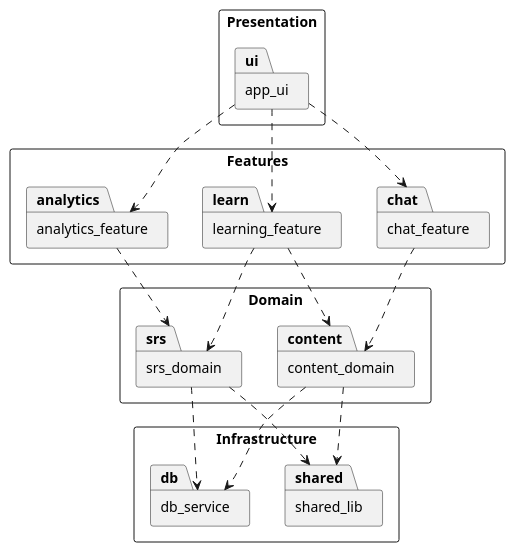
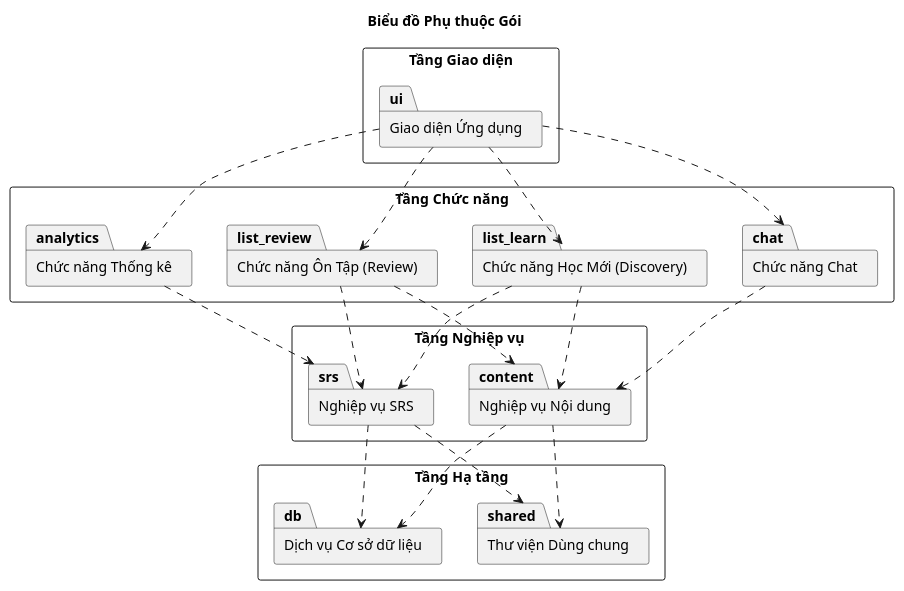
One commit to anhtranguyen-github/Hanachan changed the diagram in docs/uml-package/package-diagram.md. Above: the diagram before and after it, drawn with PlantUML. The commit also changed other lines of this file and 41 other files, not shown here.

````diff
--- a/docs/uml-package/package-diagram.md
+++ b/docs/uml-package/package-diagram.md
@@ -3,46 +3,53 @@
 ```plantuml
 @startuml
+title Biểu đồ Phụ thuộc Gói
 skinparam packageStyle rectangle
 skinparam shadowing false
 hide circle
 
 ' Định nghĩa các tầng (Layers)
-package "Presentation" as L1 {
-    package "app_ui" as ui
+package "Tầng Giao diện" as L1 {
+    package "Giao diện Ứng dụng" as ui
 }
 
-package "Features" as L2 {
-    package "learning_feature" as learn
-    package "chat_feature" as chat
-    package "analytics_feature" as analytics
+package "Tầng Chức năng" as L2 {
+    package "Chức năng Học Mới (Discovery)" as list_learn
+    package "Chức năng Ôn Tập (Review)" as list_review
+    package "Chức năng Chat" as chat
+    package "Chức năng Thống kê" as analytics
 }
 
-package "Domain" as L3 {
-    package "srs_domain" as srs
-    package "content_domain" as content
+package "Tầng Nghiệp vụ" as L3 {
+    package "Nghiệp vụ SRS" as srs
+    package "Nghiệp vụ Nội dung" as content
 }
 
-package "Infrastructure" as L4 {
-    package "shared_lib" as shared
-    package "db_service" as db
+package "Tầng Hạ tầng" as L4 {
+    package "Thư viện Dùng chung" as shared
+    package "Dịch vụ Cơ sở dữ liệu" as db
 }
 
 ' Mối quan hệ phụ thuộc (Dependency)
 ' Tuân thủ quy tắc: Tầng trên phụ thuộc tầng dưới, không nhảy tầng, không phụ thuộc ngang.
 
-ui ..> learn
+ui ..> list_learn
+ui ..> list_review
 ui ..> chat
 ui ..> analytics
 
-learn ..> srs
-learn ..> content
+list_learn ..> content
+list_learn ..> srs
+
+list_review ..> srs
+list_review ..> content
+
 chat ..> content
 analytics ..> srs
 
 srs ..> shared
 content ..> shared
 srs ..> db
 content ..> db
 
 @enduml
 ```
````
